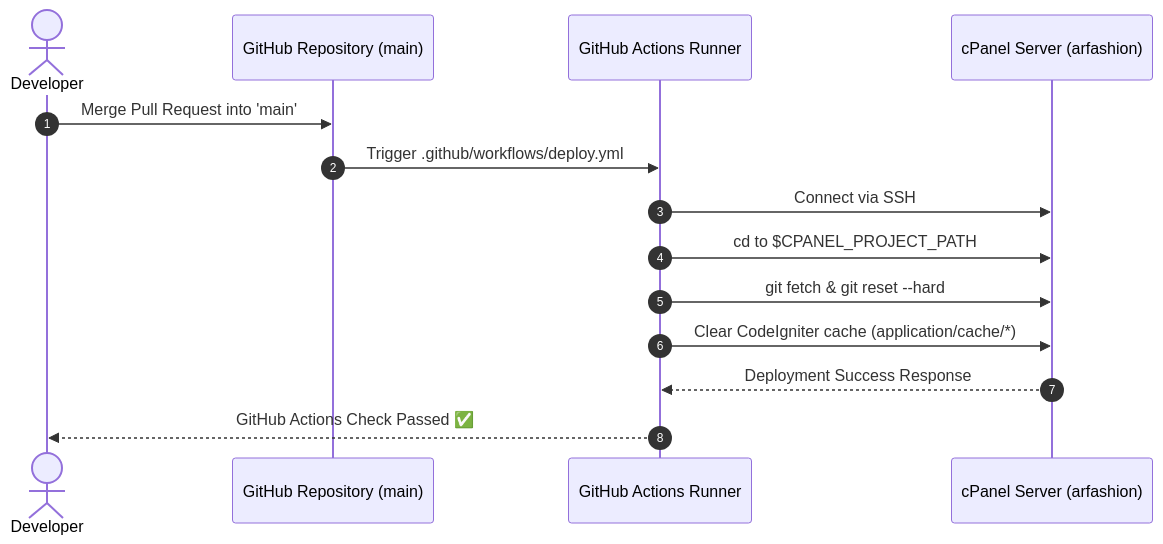
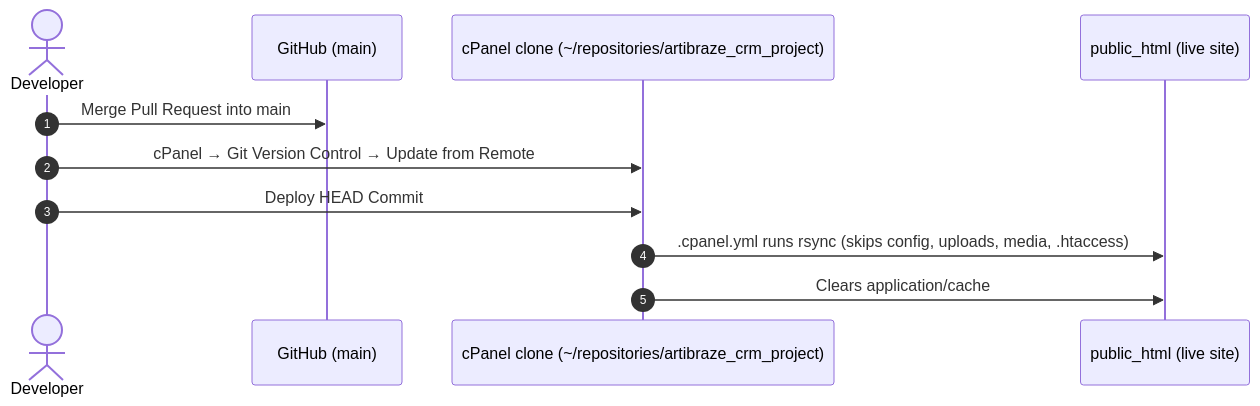
One commit to Nexgeno-Developers/artibraze_crm_project changed the diagram in cicd/CPANEL_CICD_SETUP_GUIDE.md. Above: the diagram before and after it, drawn with Mermaid. The commit also changed other lines of this file and 2 other files, not shown here.

First line of the commit message:
Switch deployment to cPanel Git Version Control (no SSH on host)

````diff
--- a/cicd/CPANEL_CICD_SETUP_GUIDE.md
+++ b/cicd/CPANEL_CICD_SETUP_GUIDE.md
@@ -11,17 +15,14 @@
 ```mermaid
 sequenceDiagram
     autonumber
     actor Dev as Developer
-    participant GH as GitHub Repository (main)
-    participant GHA as GitHub Actions Runner
-    participant CP as cPanel Server (arfashion)
+    participant GH as GitHub (main)
+    participant REPO as cPanel clone (~/repositories/artibraze_crm_project)
+    participant LIVE as public_html (live site)
 
-    Dev->>GH: Merge Pull Request into 'main'
-    GH->>GHA: Trigger .github/workflows/deploy.yml
-    GHA->>CP: Connect via SSH
-    GHA->>CP: cd to $CPANEL_PROJECT_PATH
-    GHA->>CP: git fetch & git reset --hard
-    GHA->>CP: Clear CodeIgniter cache (application/cache/*)
-    CP-->>GHA: Deployment Success Response
-    GHA-->>Dev: GitHub Actions Check Passed ✅
+    Dev->>GH: Merge Pull Request into main
+    Dev->>REPO: cPanel → Git Version Control → Update from Remote
+    Dev->>REPO: Deploy HEAD Commit
+    REPO->>LIVE: .cpanel.yml runs rsync (skips config, uploads, media, .htaccess)
+    REPO->>LIVE: Clears application/cache
 ```
````
